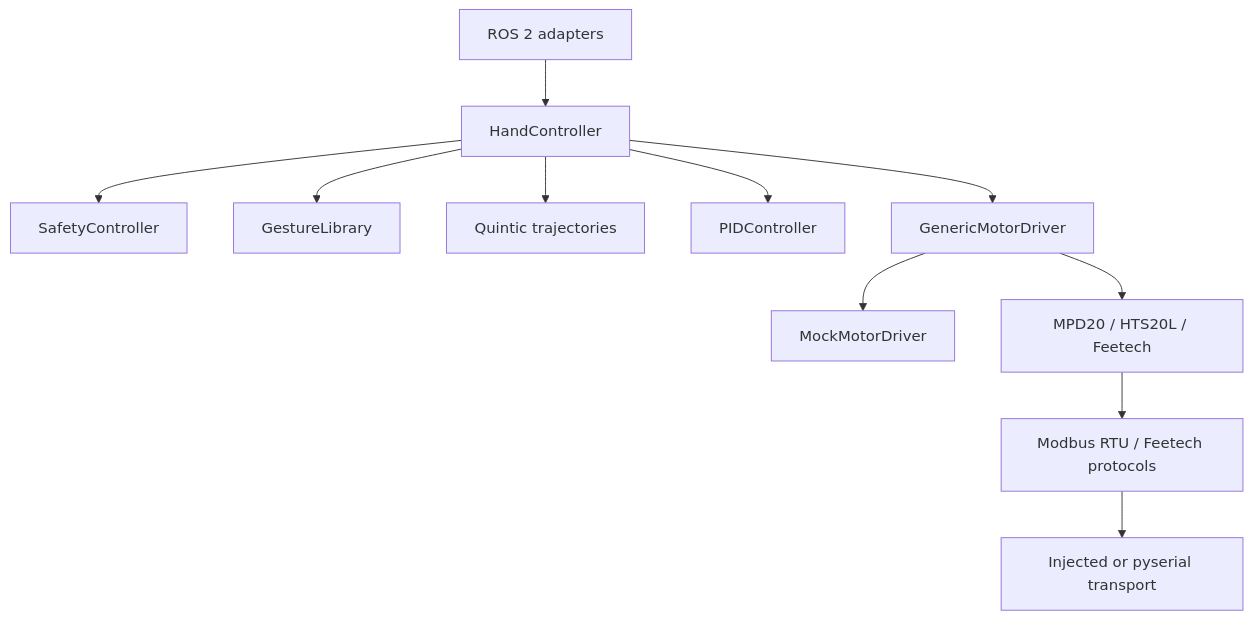
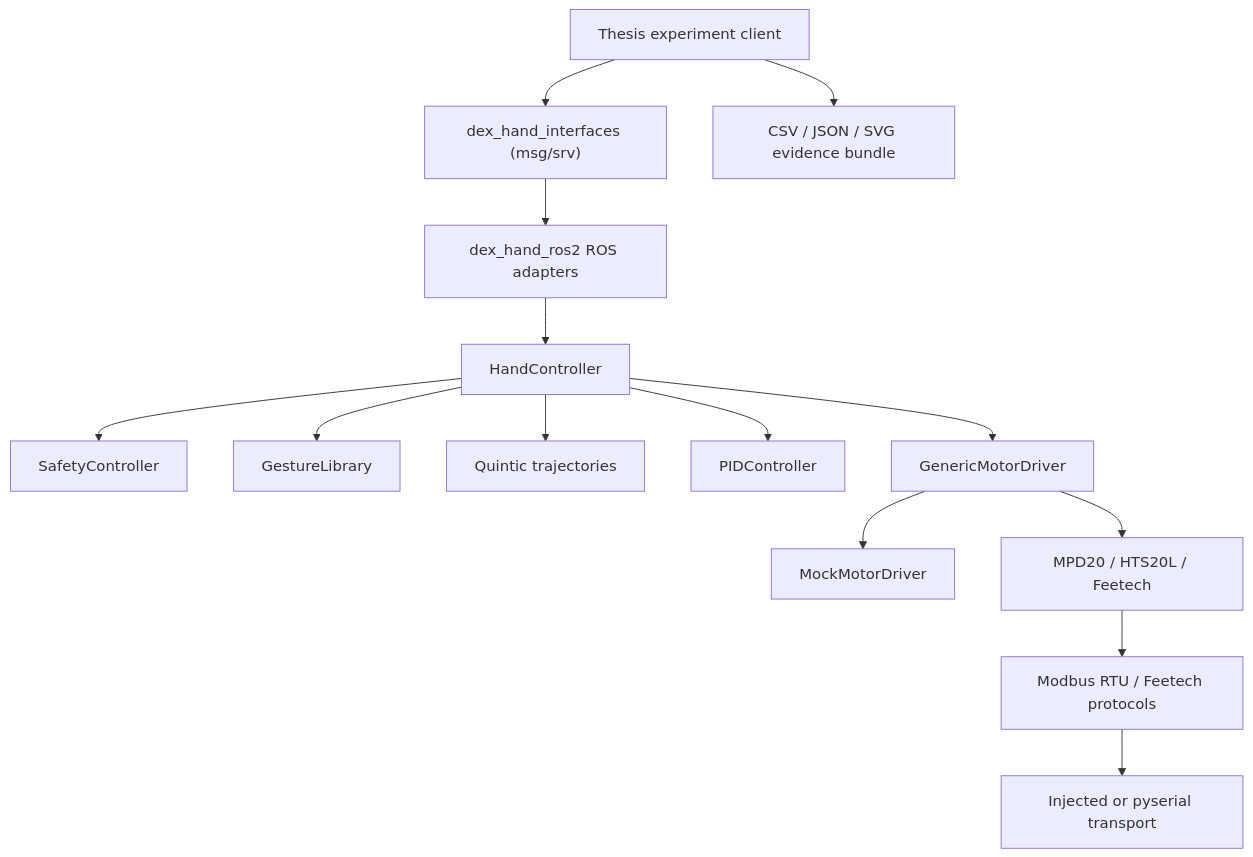
The first of 4 diagrams in docs/CURRENT_ARCHITECTURE.md (yuanl0701-hub/dex_hand_ros2), drawn with Mermaid before and after one commit. The commit also changed 172 other files, not shown here.

````diff
--- a/docs/CURRENT_ARCHITECTURE.md
+++ b/docs/CURRENT_ARCHITECTURE.md
@@ -5,13 +5,16 @@
 ```mermaid
 flowchart TB
-  ROS["ROS 2 adapters"] --> Controller["HandController"]
+  Interfaces["dex_hand_interfaces (msg/srv)"] --> ROS["dex_hand_ros2 ROS adapters"]
+  ROS --> Controller["HandController"]
   Controller --> Safety["SafetyController"]
   Controller --> Gestures["GestureLibrary"]
   Controller --> Trajectory["Quintic trajectories"]
   Controller --> PID["PIDController"]
   Controller --> Driver["GenericMotorDriver"]
   Driver --> Mock["MockMotorDriver"]
   Driver --> Real["MPD20 / HTS20L / Feetech"]
   Real --> Protocols["Modbus RTU / Feetech protocols"]
   Protocols --> Serial["Injected or pyserial transport"]
+  Experiment["Thesis experiment client"] --> Interfaces
+  Experiment --> Evidence["CSV / JSON / SVG evidence bundle"]
 ```
````
